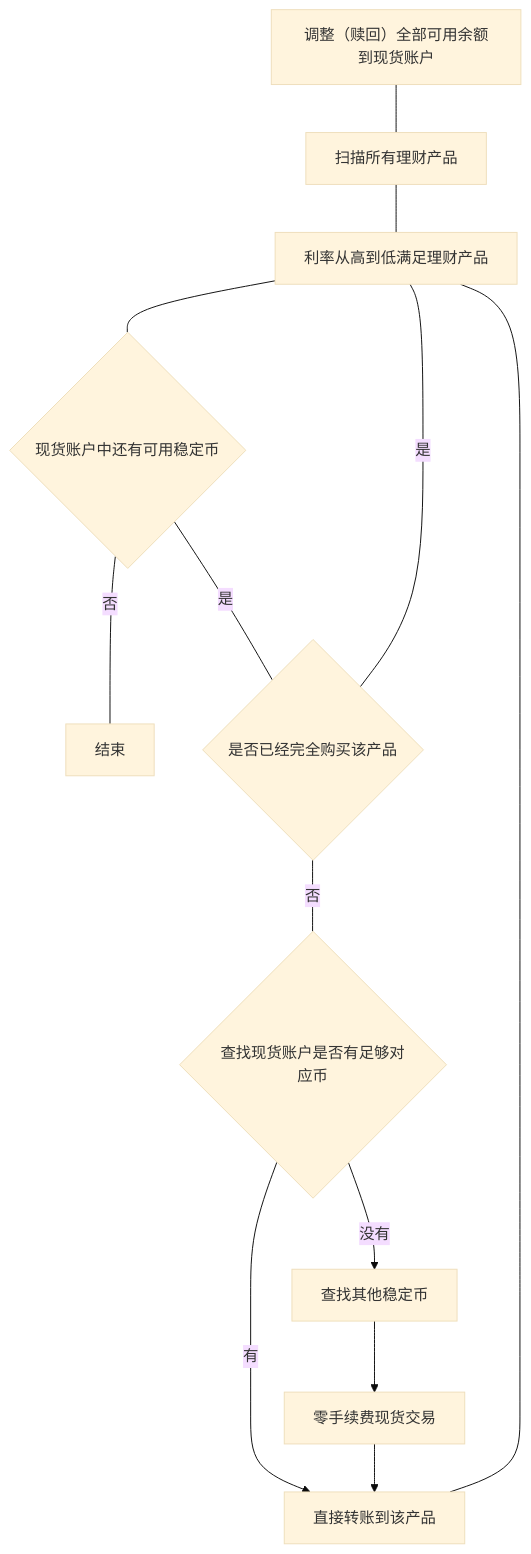
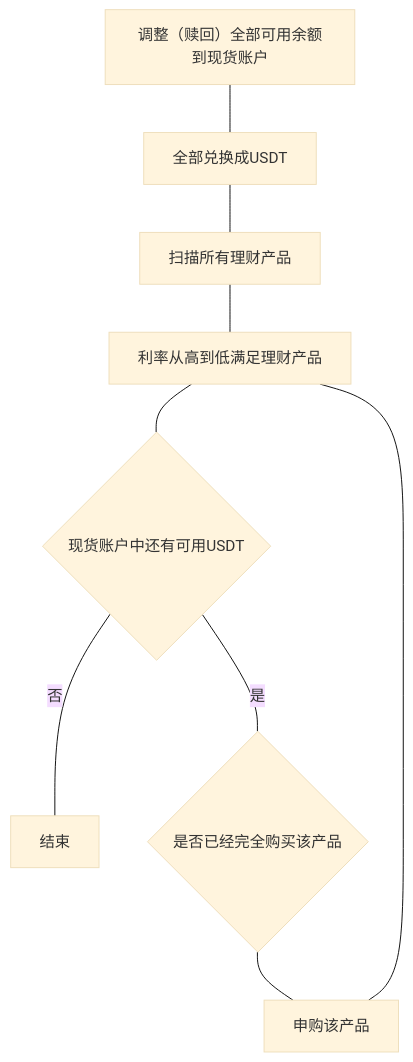
One commit to chesha1/binance-earn-helper changed the diagram in README.md. Above: the diagram before and after it, drawn with Mermaid (base theme). The commit also changed 3 other files, not shown here.

Commit message:
feat: 更新依赖版本，优化稳定币兑换逻辑，调整流程图

````diff
--- a/README.md
+++ b/README.md
@@ -8,25 +8,19 @@
 ```mermaid
 graph TD
     A["利率从高到低满足理财产品"]
-    B{查找现货账户是否有足够对应币}
-    D["查找其他稳定币"]
-    E["零手续费现货交易"]
-    C["直接转账到该产品"]
-    
-    n2{"现货账户中还有可用稳定币"}
+    B["申购该产品"]
+    n1["全部兑换成USDT"]
+    n2{"现货账户中还有可用USDT"}
     n3["结束"]
     n4{是否已经完全购买该产品}
     n5["扫描所有理财产品"]
     Z["调整（赎回）全部可用余额到现货账户"]
-
-    B -->|有| C
-    B -->|没有| D --> E --> C
     A --- n2
     n2 ---|"否"| n3
     n2 ---|"是"| n4
-    n4 ---|"是"| A
-    n4 ---|"否"| B
-    C --- A
 	n5 --- A
-	Z --- n5
+	Z --- n1
+	n1 --- n5
+	B --- A
+	n4 --- B
 ```
````
